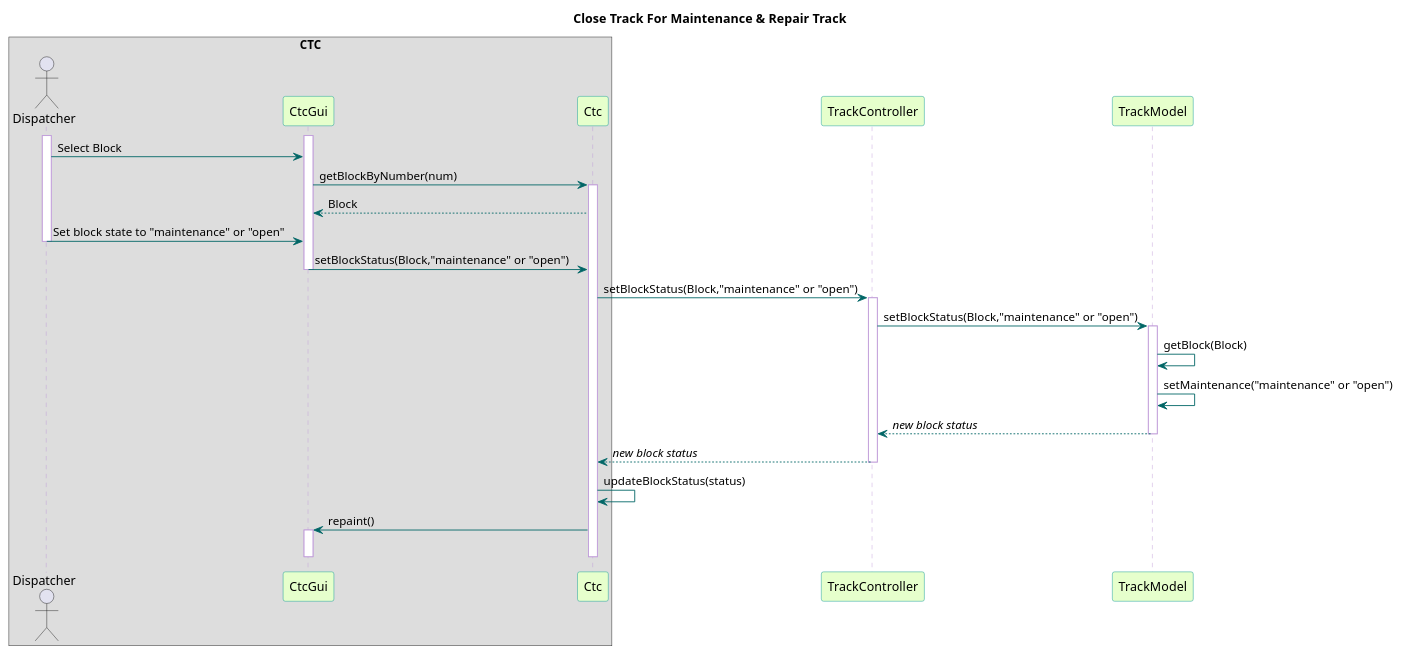
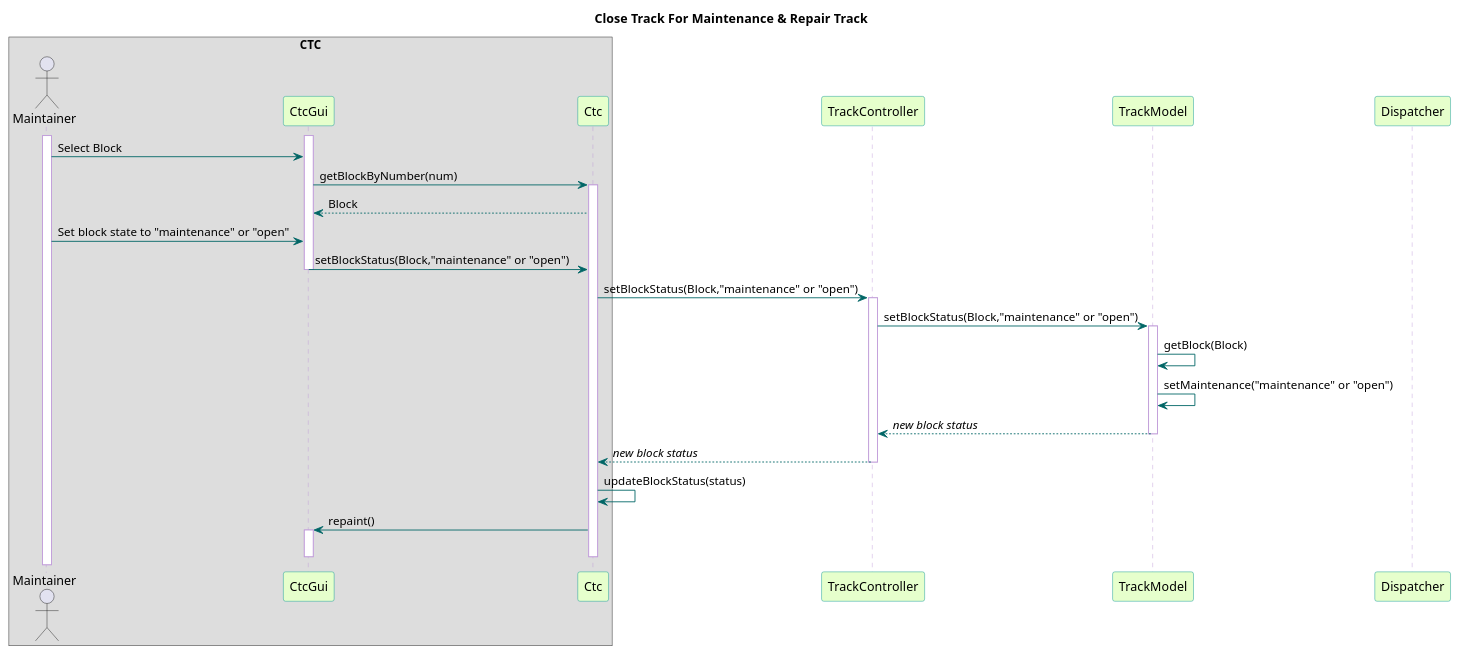
Before and after one commit to kevingilboy/COE1186: the diagram in TrainSystem/yUML/Sequence Diagrams/Ctc/CtcPerformMaintenanceAndRepairTrack.pu, drawn with PlantUML. The commit also changed 3 other files, not shown here.

```diff
--- a/TrainSystem/yUML/Sequence Diagrams/Ctc/CtcPerformMaintenanceAndRepairTrack.pu
+++ b/TrainSystem/yUML/Sequence Diagrams/Ctc/CtcPerformMaintenanceAndRepairTrack.pu
@@ -1,52 +1,52 @@
 @startuml
 
 title Close Track For Maintenance & Repair Track
 
 skinparam sequence {
   BackgroundColor transparent
   ParticipantBackgroundColor #e6ffcc
   ParticipantBorderColor 	#049595
   PackageBorderCOlor  #049595
   ArrowColor #006666
   LifeLineBorderColor #c09cd9
 }
 
 box "CTC"
-actor Dispatcher
+actor Maintainer
 participant CtcGui
 participant Ctc
 end box
 participant TrackController
 participant TrackModel
 
 activate CtcGui
-activate Dispatcher
-Dispatcher -> CtcGui : Select Block
+activate Maintainer
+Maintainer -> CtcGui : Select Block
 CtcGui -> Ctc : getBlockByNumber(num)
 activate Ctc
 Ctc --> CtcGui : Block
-Dispatcher -> CtcGui : Set block state to "maintenance" or "open"
+Maintainer -> CtcGui : Set block state to "maintenance" or "open"
 deactivate Dispatcher
 CtcGui -> Ctc : setBlockStatus(Block,"maintenance" or "open")
 deactivate CtcGui
 
 Ctc -> TrackController : setBlockStatus(Block,"maintenance" or "open")
 
 activate TrackController
 TrackController -> TrackModel : setBlockStatus(Block,"maintenance" or "open")
 
 activate TrackModel
 TrackModel -> TrackModel : getBlock(Block)
 TrackModel -> TrackModel : setMaintenance("maintenance" or "open")
 TrackModel --> TrackController : //new block status//
 deactivate TrackModel
 
 TrackController --> Ctc : //new block status//
 deactivate TrackController
 
 Ctc -> Ctc : updateBlockStatus(status)
 Ctc -> CtcGui : repaint()
 activate CtcGui
 deactivate CtcGui
 deactivate Ctc
 @enduml
```
